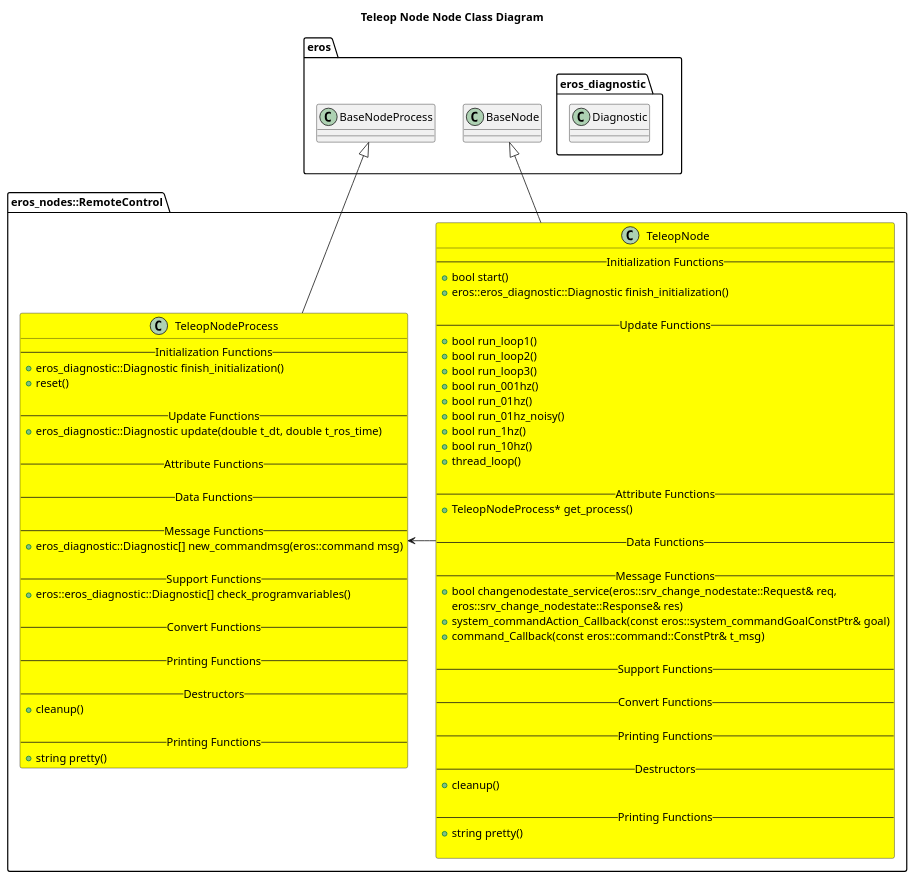
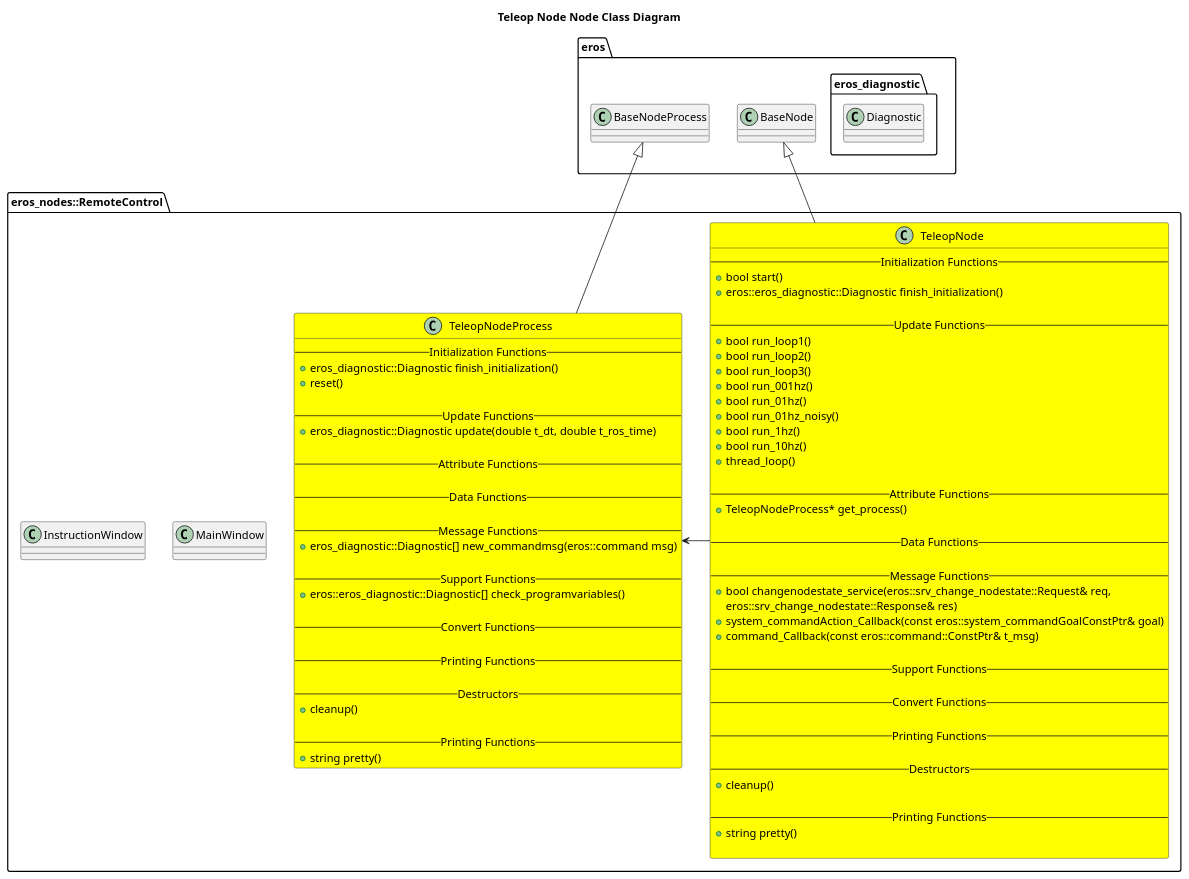
The diagram in nodes/RemoteControl/TeleopNode/doc/TeleopNodeClassDiagram.puml (fastrobotics/eros), drawn with PlantUML before and after one commit. The commit also changed 19 other files, not shown here.

```diff
--- a/nodes/RemoteControl/TeleopNode/doc/TeleopNodeClassDiagram.puml
+++ b/nodes/RemoteControl/TeleopNode/doc/TeleopNodeClassDiagram.puml
@@ -1,85 +1,88 @@
 @startuml
 title Teleop Node Node Class Diagram
 package eros {
     class BaseNode
     class BaseNodeProcess
     namespace eros_diagnostic {
         class Diagnostic
     }
 }
+
 namespace eros_nodes::RemoteControl {
+    class MainWindow
+    class InstructionWindow
     class TeleopNode #Yellow {
         -- Initialization Functions --
         +bool start()
         +eros::eros_diagnostic::Diagnostic finish_initialization()
 
         -- Update Functions --
         +bool run_loop1()
         +bool run_loop2()
         +bool run_loop3()
         +bool run_001hz()
         +bool run_01hz()
         +bool run_01hz_noisy()
         +bool run_1hz()
         +bool run_10hz()
         +thread_loop()
 
         -- Attribute Functions --
         +TeleopNodeProcess* get_process()
 
         -- Data Functions --
 
         -- Message Functions --
         +bool changenodestate_service(eros::srv_change_nodestate::Request& req,
                                     eros::srv_change_nodestate::Response& res)
         +system_commandAction_Callback(const eros::system_commandGoalConstPtr& goal)
         +command_Callback(const eros::command::ConstPtr& t_msg)
 
         -- Support Functions --
 
         -- Convert Functions --
         
         -- Printing Functions --
 
         -- Destructors --
         +cleanup()
 
         -- Printing Functions --
         +string pretty()
 
     }
     class TeleopNodeProcess #Yellow {
         -- Initialization Functions --
         +eros_diagnostic::Diagnostic finish_initialization()
         +reset()
 
         -- Update Functions --
         +eros_diagnostic::Diagnostic update(double t_dt, double t_ros_time)
 
         -- Attribute Functions --
 
         -- Data Functions --
 
         -- Message Functions --
         +eros_diagnostic::Diagnostic[] new_commandmsg(eros::command msg)
 
         -- Support Functions --
         +eros::eros_diagnostic::Diagnostic[] check_programvariables()
 
         -- Convert Functions --
         
         -- Printing Functions --
 
         -- Destructors --
         +cleanup()
 
         -- Printing Functions --
         +string pretty()
     }
 
     BaseNode <|-- TeleopNode
     BaseNodeProcess <|-- TeleopNodeProcess
     TeleopNode -> TeleopNodeProcess 
 }
 
 @enduml
```
